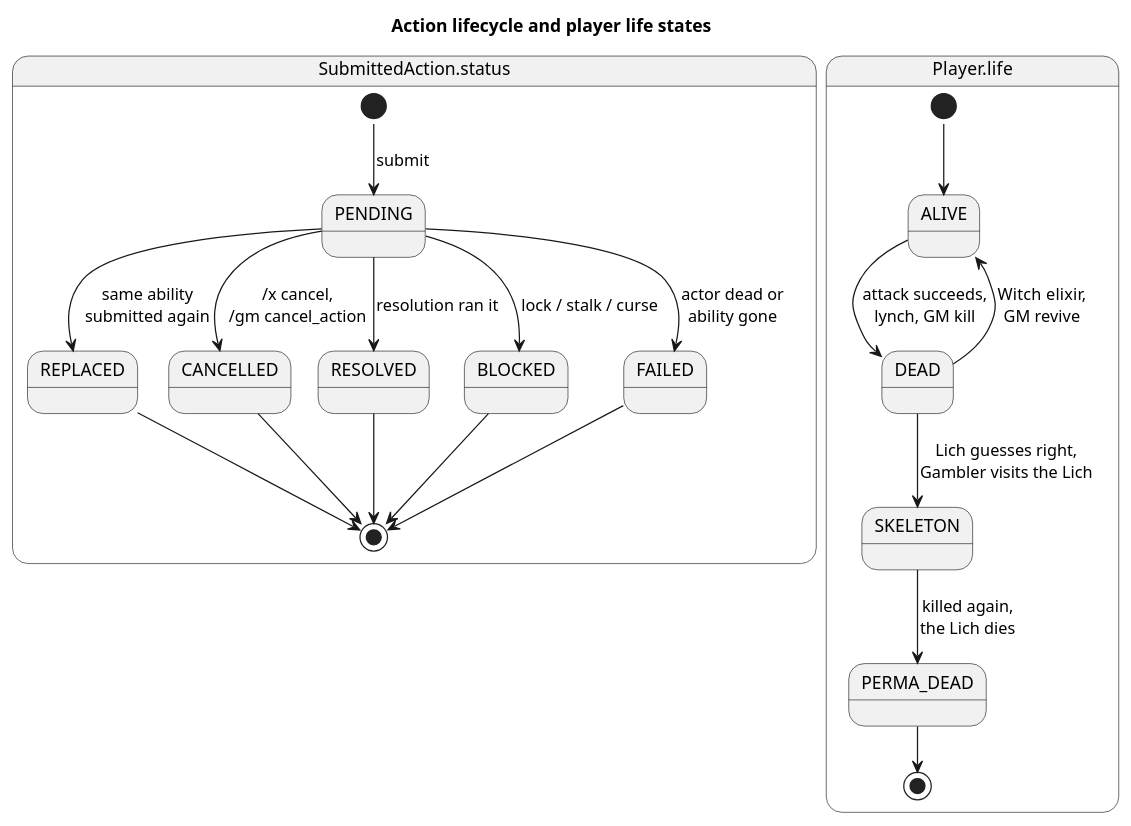
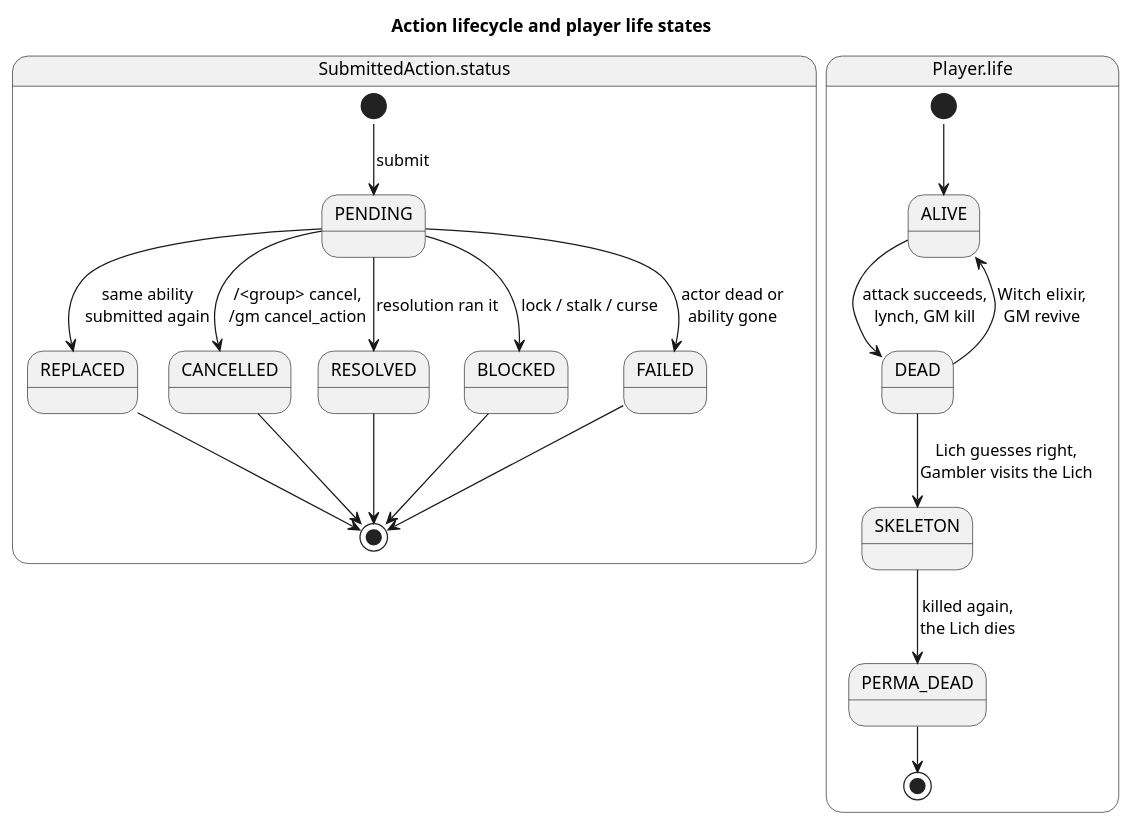
Before and after one commit to Mad-Scientist-Guild/Werewolves-bot: the diagram in Docs/diagrams/15-state-action-and-life.puml, drawn with PlantUML. The commit also changed 87 other files, not shown here.

```diff
--- a/Docs/diagrams/15-state-action-and-life.puml
+++ b/Docs/diagrams/15-state-action-and-life.puml
@@ -1,27 +1,27 @@
 @startuml 15-state-action-and-life
 !pragma layout smetana
 title Action lifecycle and player life states
 
 state "SubmittedAction.status" as A {
   [*] --> PENDING : submit
   PENDING --> REPLACED : same ability\nsubmitted again
-  PENDING --> CANCELLED : /x cancel,\n/gm cancel_action
+  PENDING --> CANCELLED : /<group> cancel,\n/gm cancel_action
   PENDING --> RESOLVED : resolution ran it
   PENDING --> BLOCKED : lock / stalk / curse
   PENDING --> FAILED : actor dead or\nability gone
   REPLACED --> [*]
   CANCELLED --> [*]
   RESOLVED --> [*]
   BLOCKED --> [*]
   FAILED --> [*]
 }
 
 state "Player.life" as L {
   [*] --> ALIVE
   ALIVE --> DEAD : attack succeeds,\nlynch, GM kill
   DEAD --> ALIVE : Witch elixir,\nGM revive
   DEAD --> SKELETON : Lich guesses right,\nGambler visits the Lich
   SKELETON --> PERMA_DEAD : killed again,\nthe Lich dies
   PERMA_DEAD --> [*]
 }
 @enduml
```
